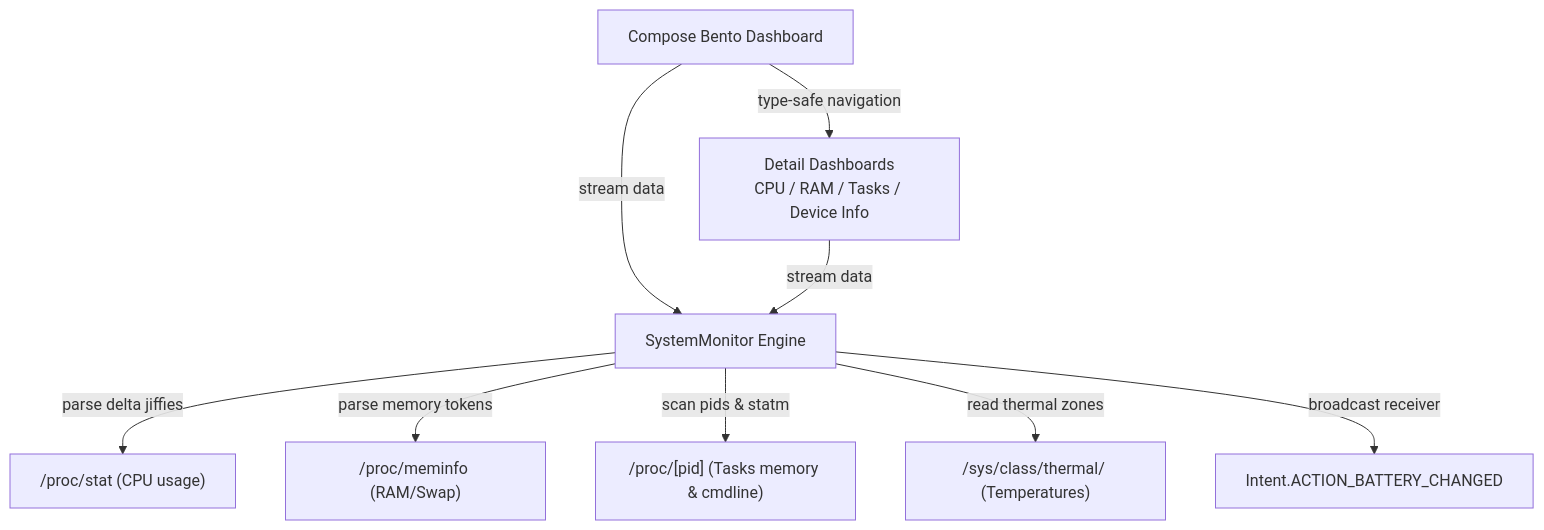
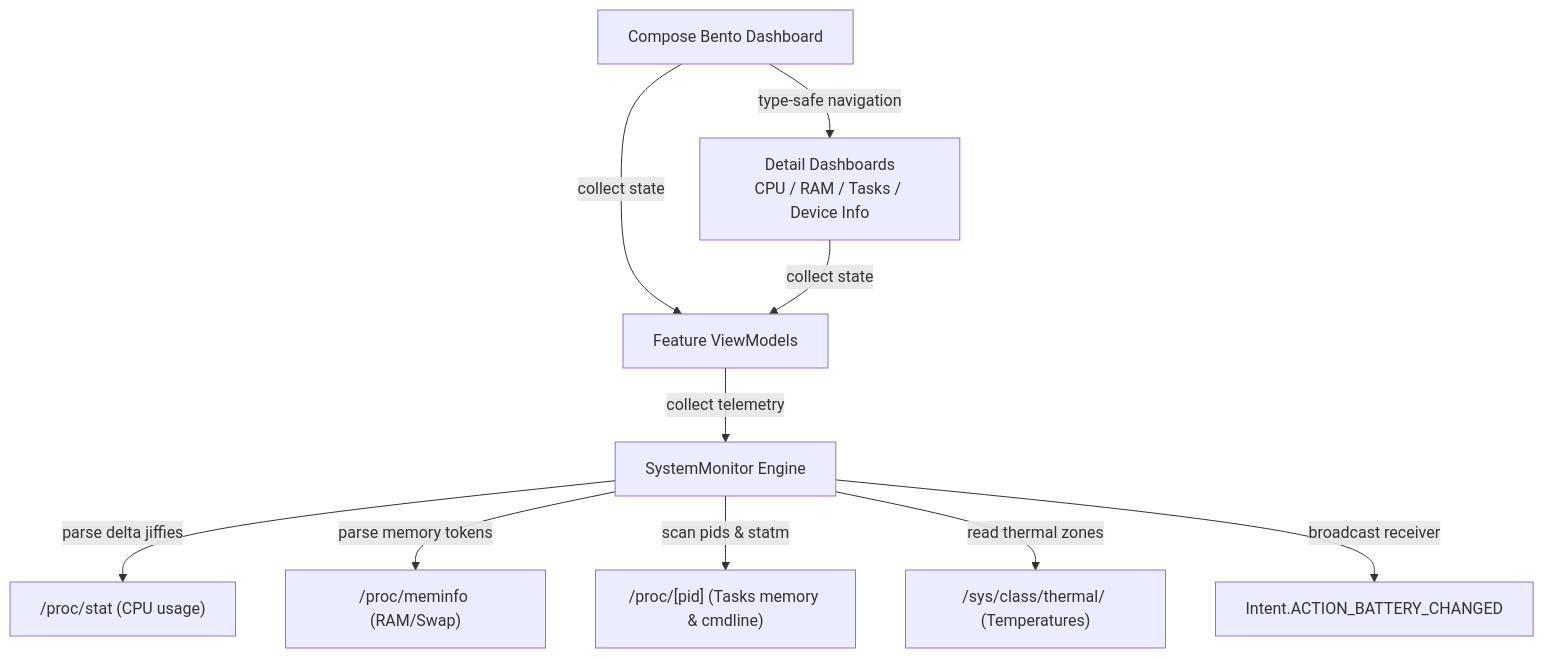
Before and after one commit to qtremors/osyster: the diagram in DEVELOPMENT.md, drawn with Mermaid. The commit also changed other lines of this file and 43 other files, not shown here.

````diff
--- a/DEVELOPMENT.md
+++ b/DEVELOPMENT.md
@@ -45,11 +45,12 @@
 ```mermaid
 graph TD
     A["Compose Bento Dashboard"] -->|type-safe navigation| B["Detail Dashboards<br/>CPU / RAM / Tasks / Device Info"]
-    A -->|stream data| C["SystemMonitor Engine"]
-    B -->|stream data| C
+    A -->|collect state| V["Feature ViewModels"]
+    B -->|collect state| V
+    V -->|collect telemetry| C["SystemMonitor Engine"]
     C -->|parse delta jiffies| D["/proc/stat (CPU usage)"]
     C -->|parse memory tokens| E["/proc/meminfo (RAM/Swap)"]
     C -->|scan pids & statm| F["/proc/[pid] (Tasks memory & cmdline)"]
     C -->|read thermal zones| H["/sys/class/thermal/ (Temperatures)"]
     C -->|broadcast receiver| G["Intent.ACTION_BATTERY_CHANGED"]
 ```
````
